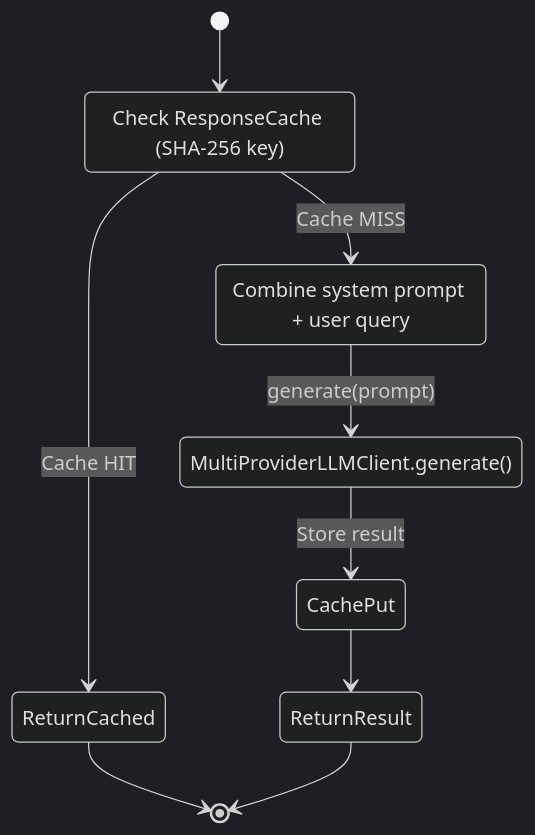
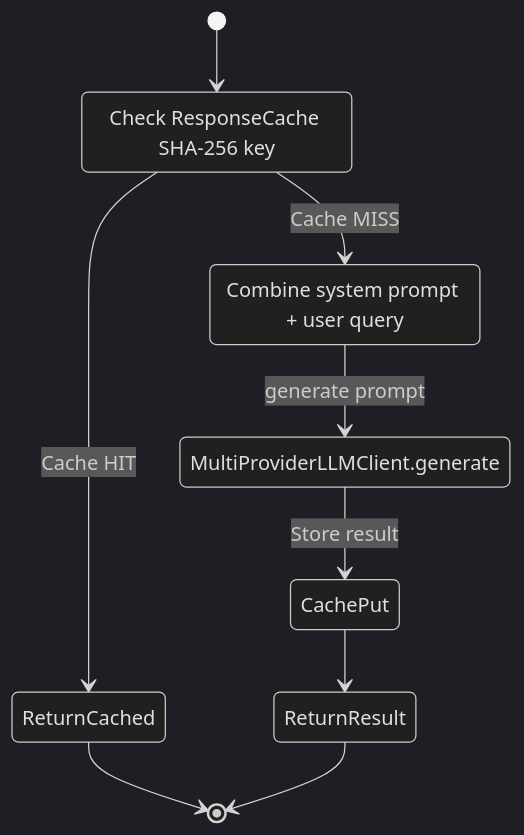
The second of 7 diagrams in Architecture_Refactoring_Toolkit/project_docs/11_processing_mode_state_machines.md (Zenobia000/openagent_backend), drawn with Mermaid (dark theme) before and after one commit. The commit also changed other lines of this file and 56 other files, not shown here.

````diff
--- a/Architecture_Refactoring_Toolkit/project_docs/11_processing_mode_state_machines.md
+++ b/Architecture_Refactoring_Toolkit/project_docs/11_processing_mode_state_machines.md
@@ -131,17 +137,17 @@
 ```mermaid
 stateDiagram-v2
     [*] --> CacheCheck
-    CacheCheck: Check ResponseCache (SHA-256 key)
+    CacheCheck: Check ResponseCache SHA-256 key
 
     state CacheCheck <<choice>>
     CacheCheck --> ReturnCached: Cache HIT
     CacheCheck --> BuildPrompt: Cache MISS
 
     BuildPrompt: Combine system prompt + user query
-    BuildPrompt --> CallLLM: generate(prompt)
-    CallLLM: MultiProviderLLMClient.generate()
+    BuildPrompt --> CallLLM: generate prompt
+    CallLLM: MultiProviderLLMClient.generate
     CallLLM --> CachePut: Store result
     CachePut --> ReturnResult
     ReturnCached --> [*]
     ReturnResult --> [*]
 ```
````
